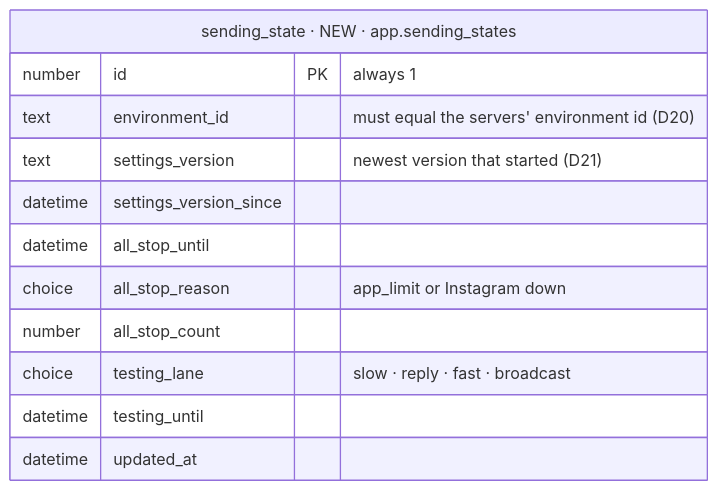
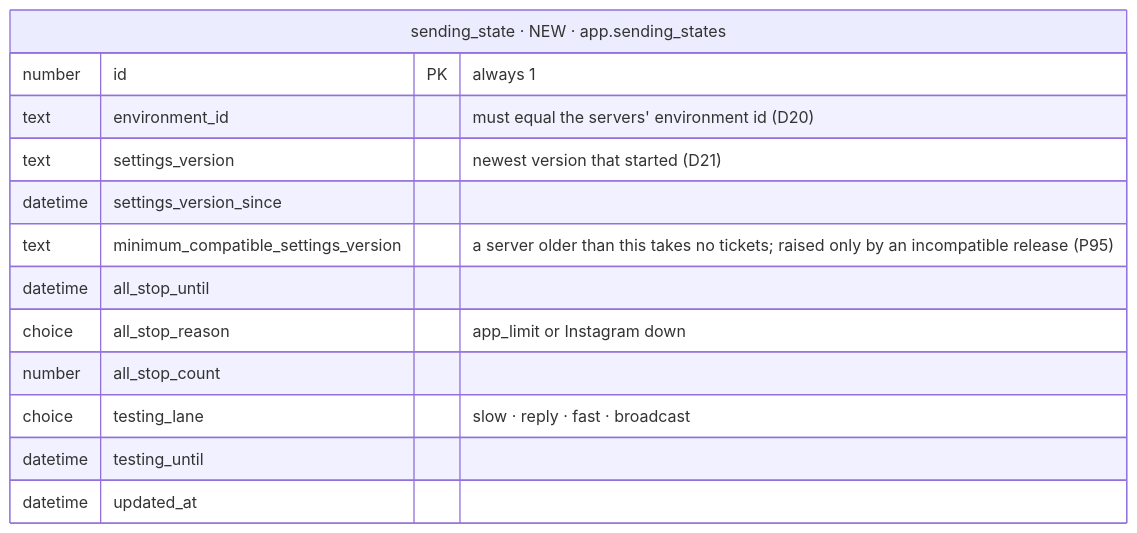
Diagram 29 of 39 in iterations/feat-instagram-dm-sending-2026-11-23-oxak/plans/db-changes.md (albetrios/meepzo-be), drawn with Mermaid before and after one commit. The commit also changed other lines of this file and 3 other files, not shown here.

````diff
--- a/iterations/feat-instagram-dm-sending-2026-11-23-oxak/plans/db-changes.md
+++ b/iterations/feat-instagram-dm-sending-2026-11-23-oxak/plans/db-changes.md
@@ -1513,15 +1600,16 @@
 ```mermaid
 erDiagram
   sending_state["sending_state · NEW · app.sending_states"] {
     number id PK "always 1"
     text environment_id "must equal the servers' environment id (D20)"
     text settings_version "newest version that started (D21)"
     datetime settings_version_since
+    text minimum_compatible_settings_version "a server older than this takes no tickets; raised only by an incompatible release (P95)"
     datetime all_stop_until
     choice all_stop_reason "app_limit or Instagram down"
     number all_stop_count
     choice testing_lane "slow · reply · fast · broadcast"
     datetime testing_until
     datetime updated_at
   }
 ```
````
